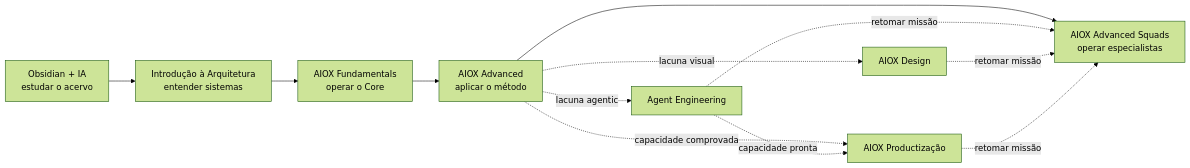
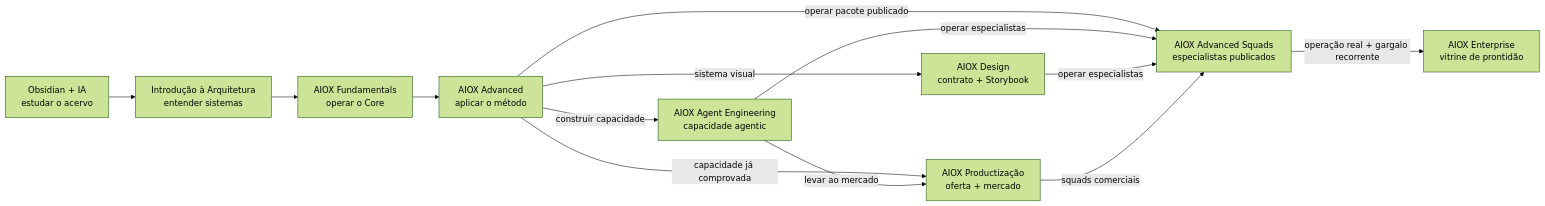
One commit to CALLBACK-Online/aiox-advanced-brain changed the diagram in cursos/COMO-ESTUDAR.md. Above: the diagram before and after it, drawn with Mermaid (forest theme). The commit also changed other lines of this file and 324 other files, not shown here.

````diff
--- a/cursos/COMO-ESTUDAR.md
+++ b/cursos/COMO-ESTUDAR.md
@@ -23,14 +23,15 @@
 ```mermaid
 flowchart LR
     O["Obsidian + IA<br/>estudar o acervo"] --> A["Introdução à Arquitetura<br/>entender sistemas"]
     A --> F["AIOX Fundamentals<br/>operar o Core"]
     F --> X["AIOX Advanced<br/>aplicar o método"]
-    X --> S["AIOX Advanced Squads<br/>operar especialistas"]
-    X -. "lacuna agentic" .-> E["Agent Engineering"]
-    X -. "lacuna visual" .-> D["AIOX Design"]
-    X -. "capacidade comprovada" .-> P["AIOX Productização"]
-    E -. "capacidade pronta" .-> P
-    E -. "retomar missão" .-> S
-    D -. "retomar missão" .-> S
-    P -. "retomar missão" .-> S
+    X -->|"operar pacote publicado"| S["AIOX Advanced Squads<br/>especialistas publicados"]
+    X -->|"construir capacidade"| E["AIOX Agent Engineering<br/>capacidade agentic"]
+    X -->|"sistema visual"| D["AIOX Design<br/>contrato + Storybook"]
+    X -->|"capacidade já comprovada"| P["AIOX Productização<br/>oferta + mercado"]
+    E -->|"levar ao mercado"| P
+    E -->|"operar especialistas"| S
+    D -->|"operar especialistas"| S
+    P -->|"squads comerciais"| S
+    S -->|"operação real + gargalo recorrente"| Q["AIOX Enterprise<br/>vitrine de prontidão"]
 ```
````
